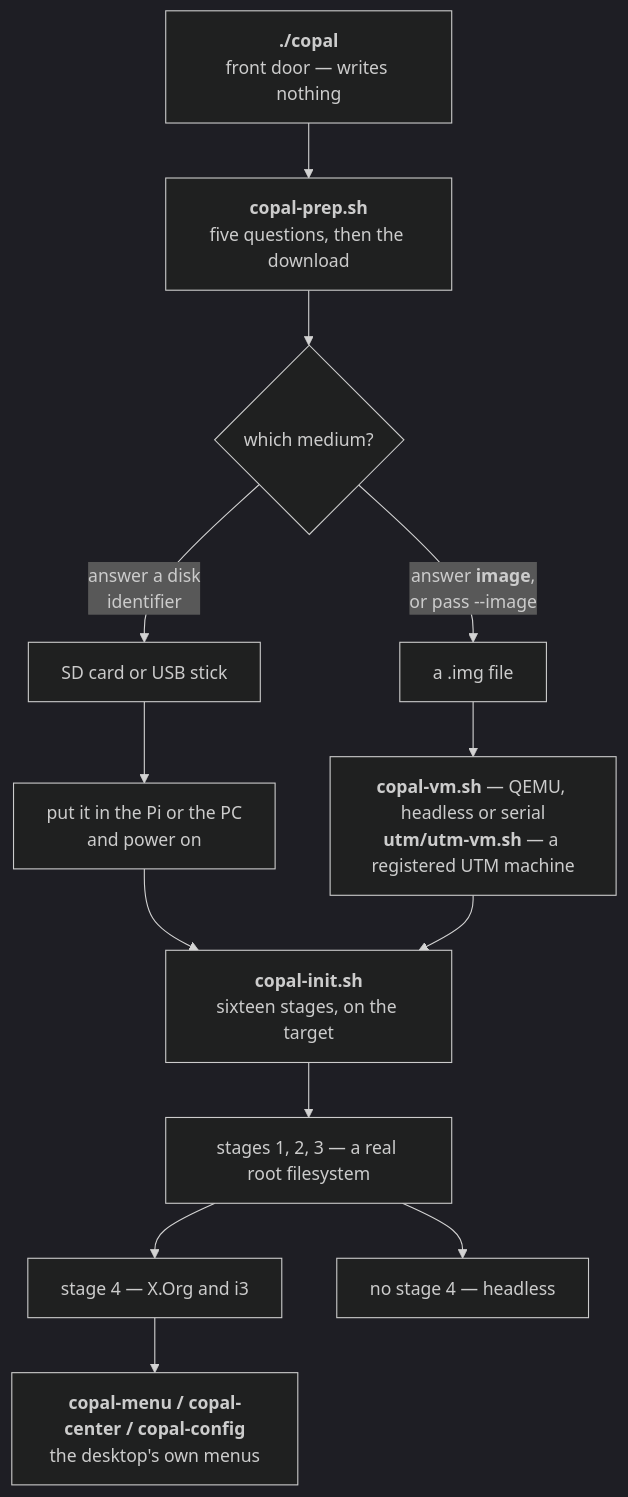
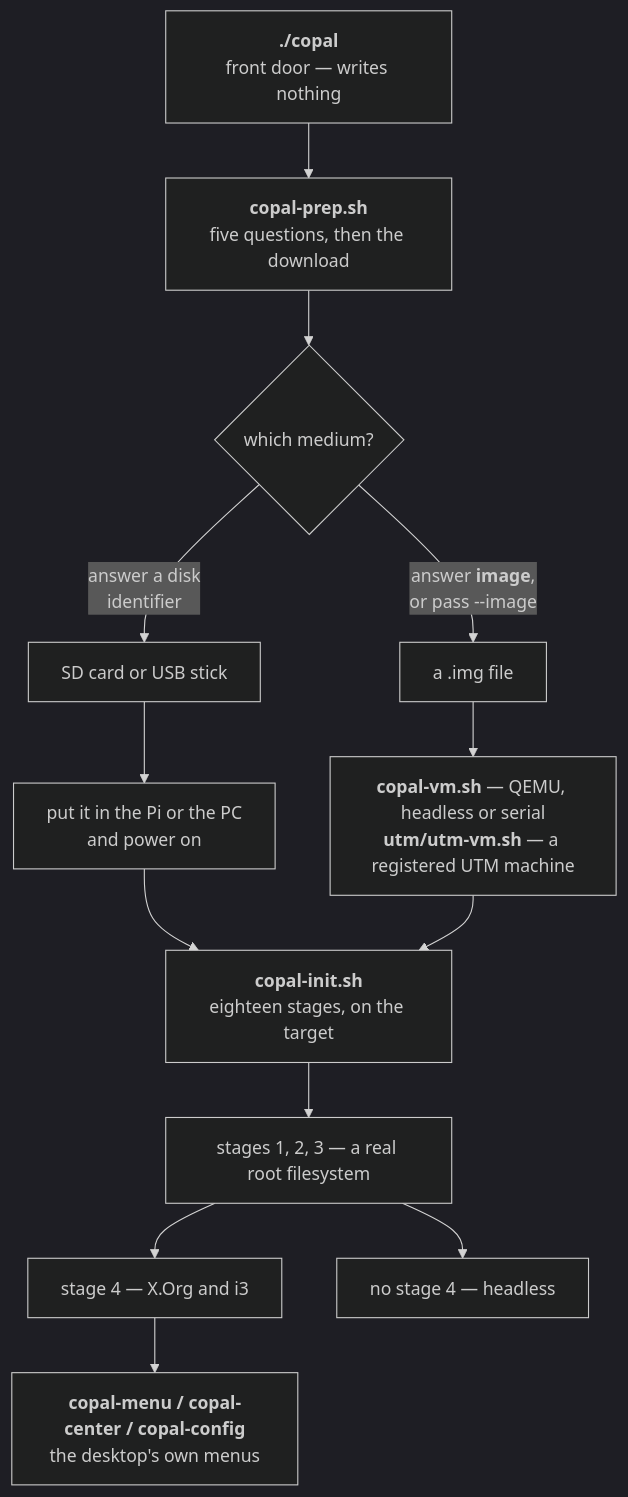
Before and after one commit to copallinux/copal: the second of 5 diagrams in README.md, drawn with Mermaid (dark theme). The commit also changed other lines of this file and 11 other files, not shown here.

````diff
--- a/README.md
+++ b/README.md
@@ -405,15 +405,15 @@
 ```mermaid
 flowchart TD
     A["<b>./copal</b><br/>front door — writes nothing"] --> B["<b>copal-prep.sh</b><br/>five questions, then the download"]
     B --> C{"which medium?"}
     C -->|"answer a disk<br/>identifier"| D["SD card or USB stick"]
     C -->|"answer <b>image</b>,<br/>or pass --image"| E["a .img file"]
     D --> F["put it in the Pi or the PC<br/>and power on"]
     E --> G["<b>copal-vm.sh</b> — QEMU, headless or serial<br/><b>utm/utm-vm.sh</b> — a registered UTM machine"]
-    F --> H["<b>copal-init.sh</b><br/>sixteen stages, on the target"]
+    F --> H["<b>copal-init.sh</b><br/>eighteen stages, on the target"]
     G --> H
     H --> I["stages 1, 2, 3 — a real root filesystem"]
     I --> J["stage 4 — X.Org and i3"]
     I --> K["no stage 4 — headless"]
     J --> L["<b>copal-menu / copal-center / copal-config</b><br/>the desktop's own menus"]
 ```
````
